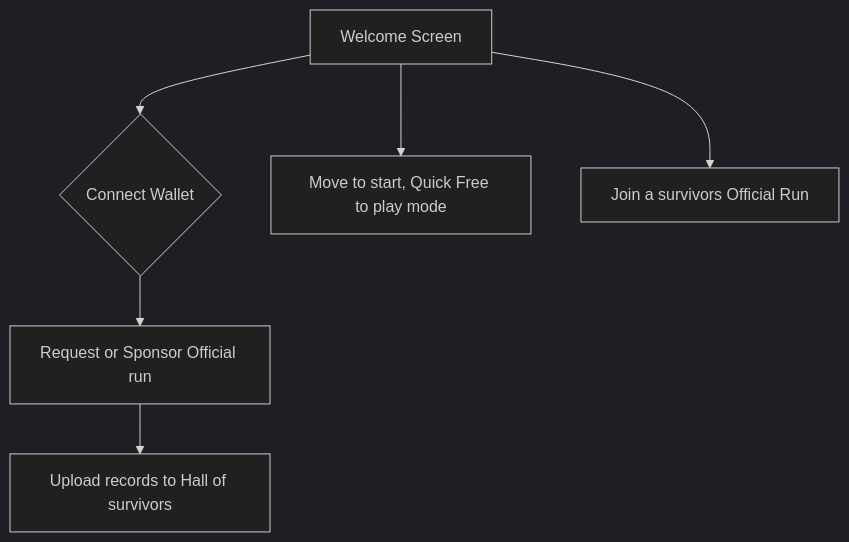
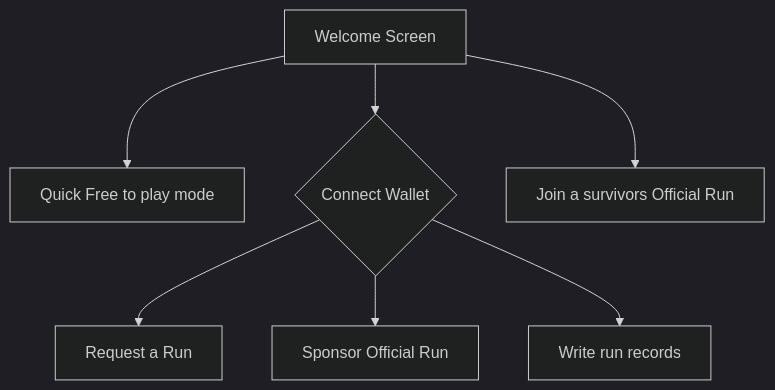
Before and after one commit to OnChainSurvivor/OnChainSurvivor: the first of 2 diagrams in README.md, drawn with Mermaid (dark theme). The commit also changed other lines of this file, not shown here.

````diff
--- a/README.md
+++ b/README.md
@@ -44,8 +44,9 @@
 ```mermaid
 graph TD
+A[Welcome Screen] -->B[Quick Free to play mode]
 A[Welcome Screen] --> D{Connect Wallet}
-A[Welcome Screen] -->B[Move to start, Quick Free to play mode]
 A --> C[Join a survivors Official Run]
-D --> E[Request or Sponsor Official run]
-E --> G[Upload records to Hall of survivors]
+D --> E[Request a Run]
+D --> z[Sponsor Official Run]
+D --> G[Write run records]
 ```
````
